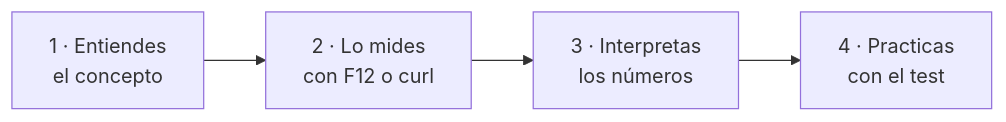
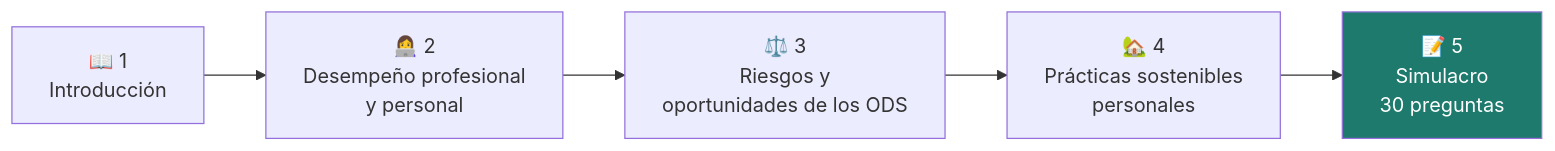
The first of 8 diagrams in docs/ut3/index.md (campusdevfp/sost2627), drawn with Mermaid before and after one commit. The commit also changed other lines of this file and 5 other files, not shown here.

````diff
--- a/docs/ut3/index.md
+++ b/docs/ut3/index.md
@@ -7,4 +12,5 @@
 ```mermaid
 flowchart LR
-    A["1 · Entiendes<br/>el concepto"] --> B["2 · Lo mides<br/>con F12 o curl"] --> C["3 · Interpretas<br/>los números"] --> D["4 · Practicas<br/>con el test"]
+    I["📖 1<br/>Introducción"] --> D["👩‍💻 2<br/>Desempeño profesional<br/>y personal"] --> R["⚖️ 3<br/>Riesgos y<br/>oportunidades de los ODS"] --> P["🏡 4<br/>Prácticas sostenibles<br/>personales"] --> S["📝 5<br/>Simulacro<br/>30 preguntas"]
+    style S fill:#1d7a6c,color:#fff
 ```
````
